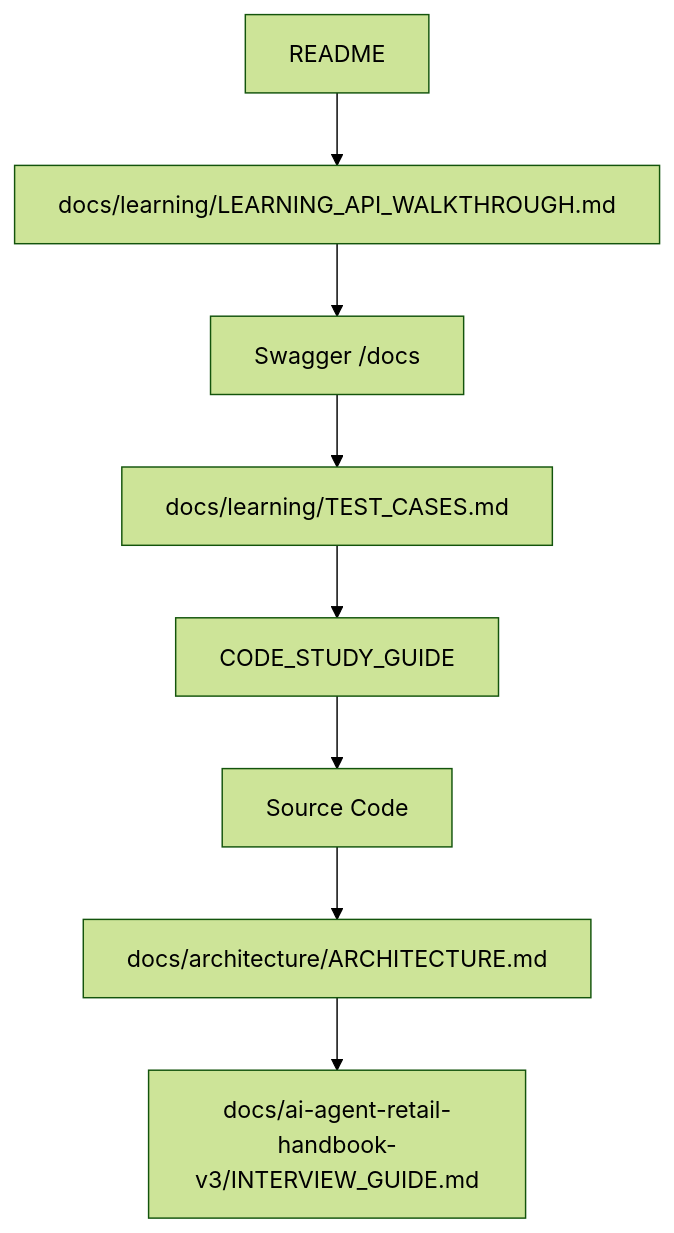
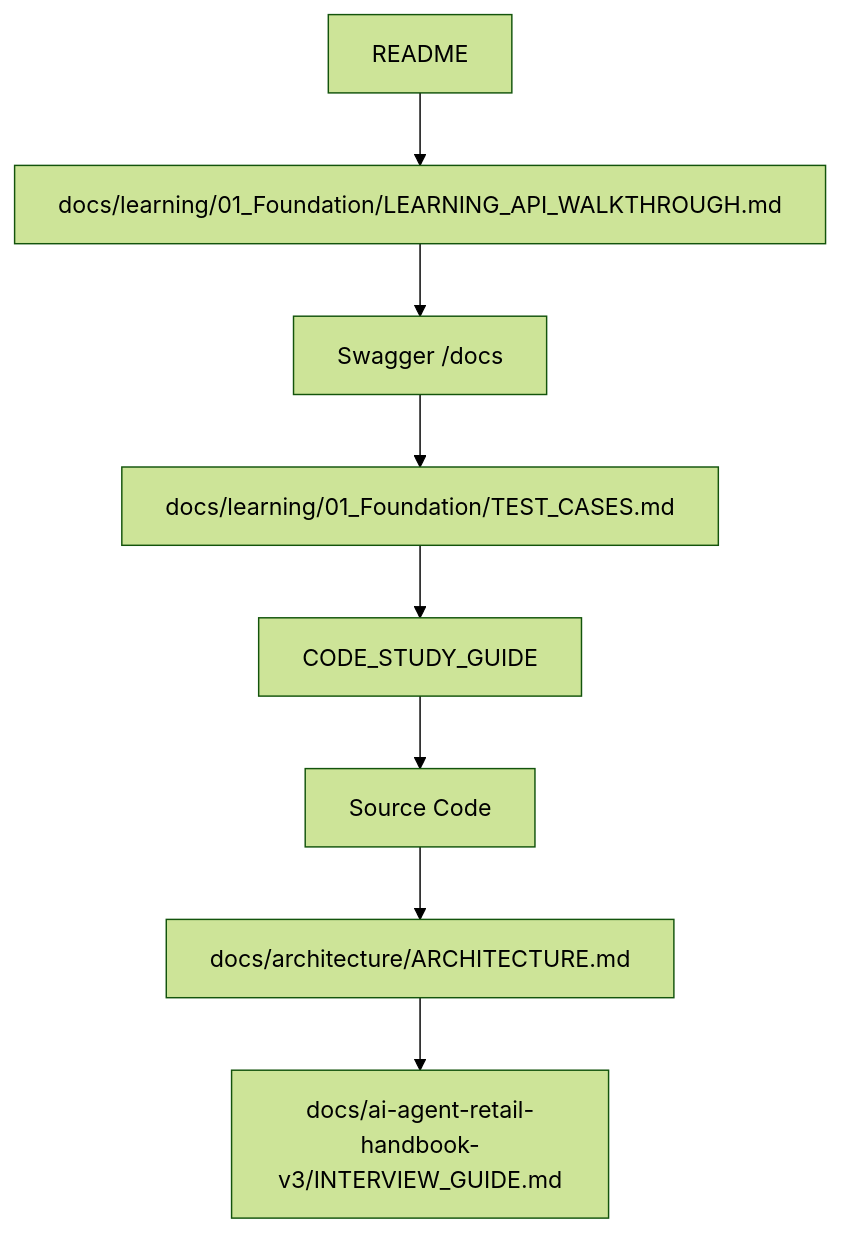
Before and after one commit to kurekako2017/vscode_study: the diagram in ai-lab/ai-learn/retail-insight-ai/README.md, drawn with Mermaid (forest theme). The commit also changed other lines of this file and 23 other files, not shown here.

````diff
--- a/ai-lab/ai-learn/retail-insight-ai/README.md
+++ b/ai-lab/ai-learn/retail-insight-ai/README.md
@@ -189,10 +189,10 @@
 ```mermaid
 flowchart TD
-    A[README] --> B[docs/learning/LEARNING_API_WALKTHROUGH.md]
+    A[README] --> B[docs/learning/01_Foundation/LEARNING_API_WALKTHROUGH.md]
     B --> C[Swagger /docs]
-    C --> D[docs/learning/TEST_CASES.md]
+    C --> D[docs/learning/01_Foundation/TEST_CASES.md]
     D --> E[CODE_STUDY_GUIDE]
     E --> F[Source Code]
     F --> G[docs/architecture/ARCHITECTURE.md]
     G --> H[docs/ai-agent-retail-handbook-v3/INTERVIEW_GUIDE.md]
 ```
````
